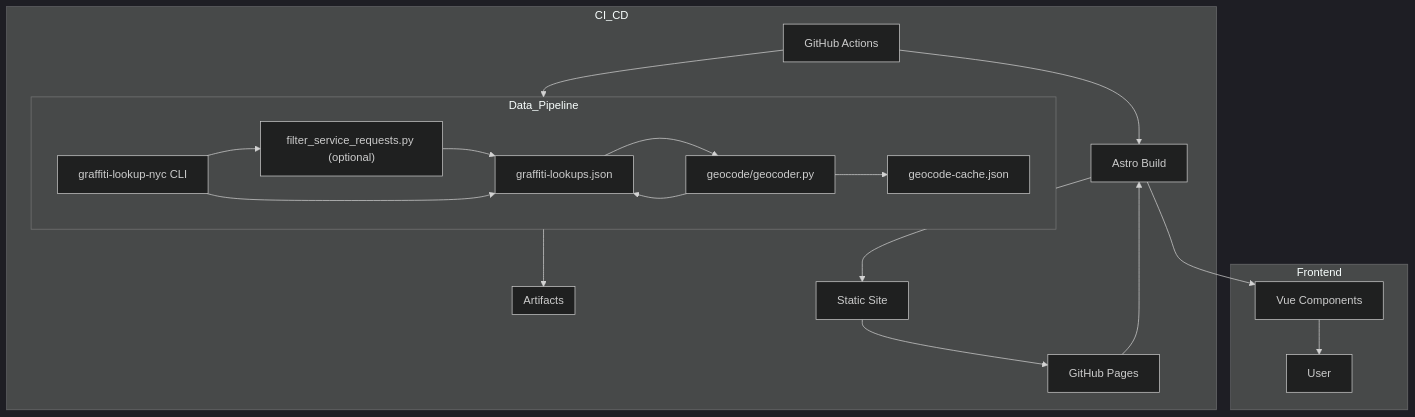
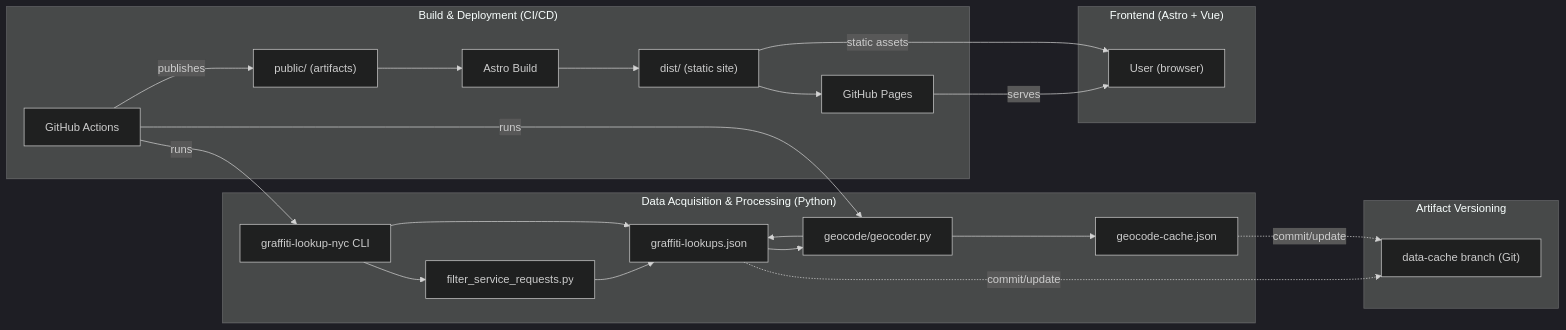
Before and after one commit to njamaleddine/graffiti-lookup-nyc-web: the diagram in README.md, drawn with Mermaid (dark theme). The commit also changed other lines of this file, not shown here.

````diff
--- a/README.md
+++ b/README.md
@@ -129,36 +129,34 @@
 ```mermaid
-flowchart TD
-   subgraph Data_Pipeline
+flowchart LR
+   subgraph "Data Acquisition & Processing (Python)"
       CLI["graffiti-lookup-nyc CLI"]
-      FILTER["filter_service_requests.py (optional)"]
+      FILTER["filter_service_requests.py"]
       GEOCODE["geocode/geocoder.py"]
-      CACHE["geocode-cache.json"]
-      LOOKUPS["graffiti-lookups.json"]
       CLI --> FILTER
-      FILTER --> LOOKUPS
+      FILTER --> LOOKUPS["graffiti-lookups.json"]
       CLI --> LOOKUPS
       LOOKUPS --> GEOCODE
-      GEOCODE --> CACHE
+      GEOCODE --> CACHE["geocode-cache.json"]
       GEOCODE --> LOOKUPS
    end
 
-   subgraph Artifacts
-      LOOKUPS
-      CACHE
+   subgraph "Artifact Versioning"
+      LOOKUPS -.->|commit/update| DATA_CACHE["data-cache branch (Git)"]
+      CACHE -.->|commit/update| DATA_CACHE
    end
 
-   subgraph CI_CD
+   subgraph "Build & Deployment (CI/CD)"
       GH_ACTIONS["GitHub Actions"]
-      GH_ACTIONS --> Data_Pipeline
-      Data_Pipeline --> Artifacts
-      GH_ACTIONS --> ASTRO["Astro Build"]
-      ASTRO --> DIST["Static Site"]
+      GH_ACTIONS -->|runs| CLI
+      GH_ACTIONS -->|runs| GEOCODE
+      GH_ACTIONS -->|publishes| PUBLIC["public/ (artifacts)"]
+      PUBLIC --> ASTRO["Astro Build"]
+      ASTRO --> DIST["dist/ (static site)"]
       DIST --> GH_PAGES["GitHub Pages"]
    end
 
-   subgraph Frontend
-      GH_PAGES --> ASTRO
-      ASTRO --> VUE["Vue Components"]
-      VUE --> USER["User"]
+   subgraph "Frontend (Astro + Vue)"
+      GH_PAGES -->|serves| USER["User (browser)"]
+      DIST -->|static assets| USER
    end
 ```
````
